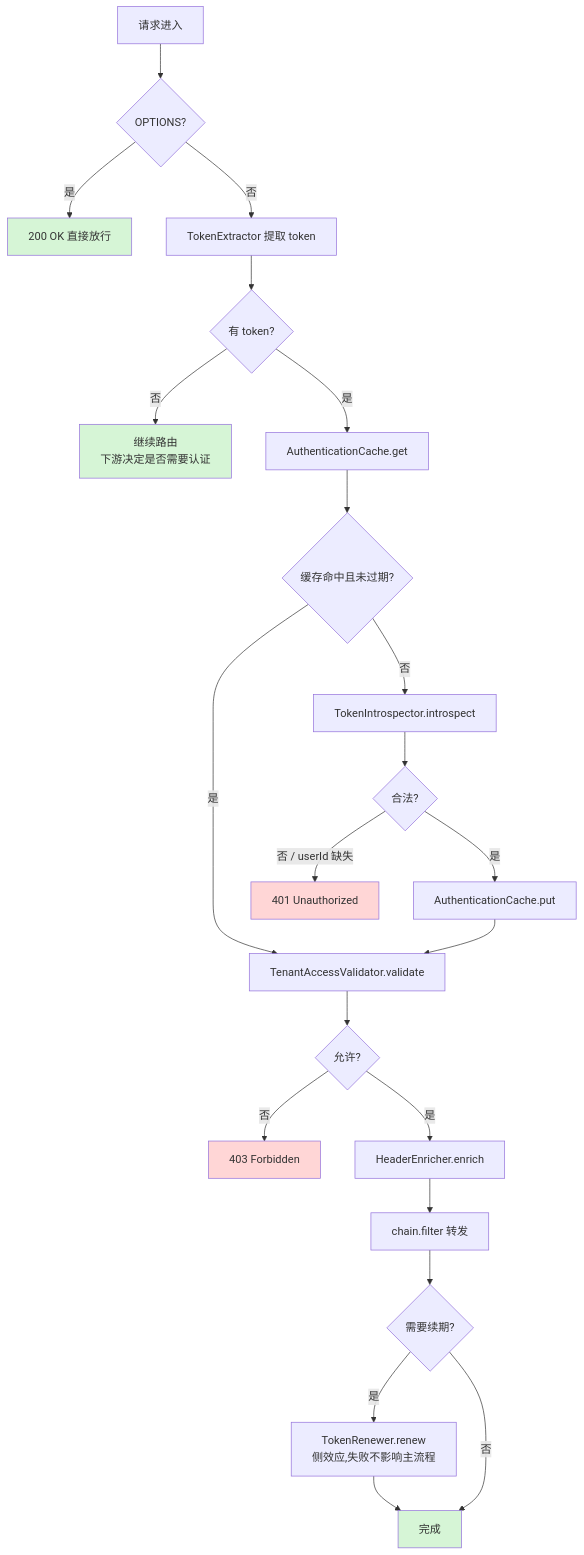
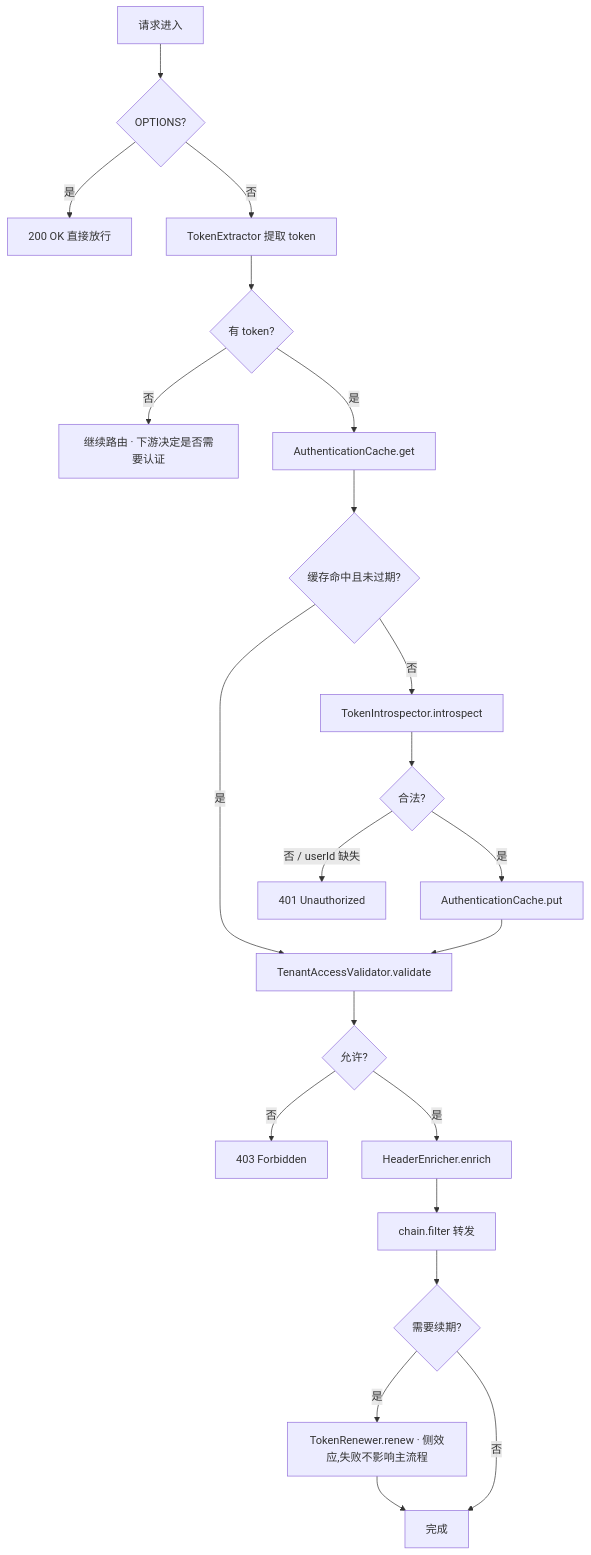
The diagram in README.md (ArchAIHarness/gateway), drawn with Mermaid before and after one commit. The commit also changed other lines of this file, not shown here.

````diff
--- a/README.md
+++ b/README.md
@@ -22,33 +155,27 @@
 ```mermaid
 flowchart TD
     A[请求进入] --> B{OPTIONS?}
     B -->|是| Z[200 OK 直接放行]
     B -->|否| C[TokenExtractor 提取 token]
     C --> D{有 token?}
-    D -->|否| FW[继续路由<br>下游决定是否需要认证]
+    D -->|否| FW[继续路由 · 下游决定是否需要认证]
 
     D -->|是| E[AuthenticationCache.get]
     E --> F{缓存命中且未过期?}
     F -->|是| V[TenantAccessValidator.validate]
     F -->|否| G[TokenIntrospector.introspect]
 
     G --> H{合法?}
     H -->|否 / userId 缺失| U401[401 Unauthorized]
     H -->|是| I[AuthenticationCache.put]
     I --> V
 
     V --> W{允许?}
     W -->|否| U403[403 Forbidden]
     W -->|是| X[HeaderEnricher.enrich]
     X --> Y[chain.filter 转发]
     Y --> R{需要续期?}
-    R -->|是| RW[TokenRenewer.renew<br>侧效应,失败不影响主流程]
+    R -->|是| RW[TokenRenewer.renew · 侧效应,失败不影响主流程]
     R -->|否| END[完成]
     RW --> END
-
-    style U401 fill:#ffd6d6
-    style U403 fill:#ffd6d6
-    style Z fill:#d6f5d6
-    style FW fill:#d6f5d6
-    style END fill:#d6f5d6
 ```
````
